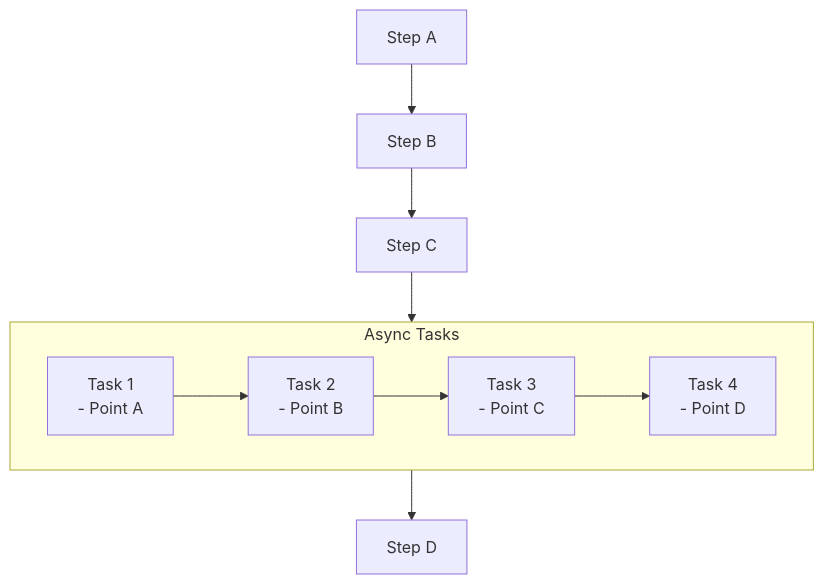
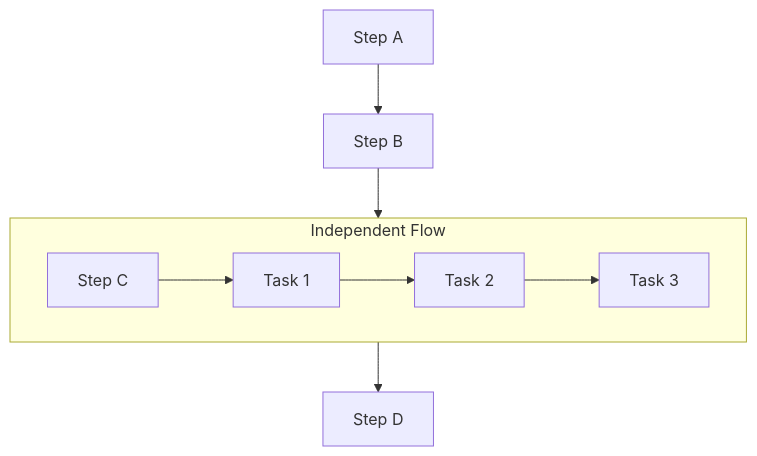
One commit to 000deepak/demoProject changed the diagram in flow.md. Above: the diagram before and after it, drawn with Mermaid.

````diff
--- a/flow.md
+++ b/flow.md
@@ -1,24 +1,16 @@
 ```mermaid
 flowchart TD
 
     %% Main vertical flow
-    A["Step A"] --> B["Step B"]
-    B --> C["Step C"]
+    A[Step A] --> B[Step B]
+    B --> C[Step C]
+    C --> D[Step D]
 
-    %% Subgraph for async tasks (left-to-right flow)
-    subgraph AsyncTasks[Async Tasks]
+    %% Separate horizontal independent flow from C
+    subgraph Independent_Flow[Independent Flow]
     direction LR
-        T1["Task 1\n- Point A"] 
-        T2["Task 2\n- Point B"]
-        T3["Task 3\n- Point C"]
-        T4["Task 4\n- Point D"]
-
-        T1 --> T2 --> T3 --> T4
+        C --> T1[Task 1]
+        T1 --> T2[Task 2]
+        T2 --> T3[Task 3]
     end
-
-    %% Connect C to the async subgraph
-    C --> T1
-
-    %% Back to normal vertical flow
-    T4 --> D["Step D"]
 ```
````
